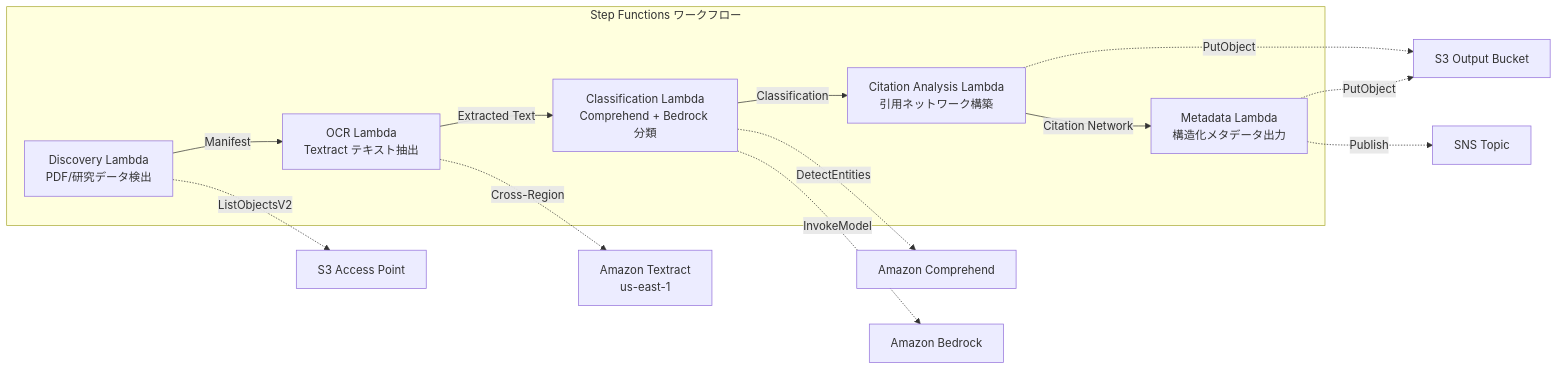
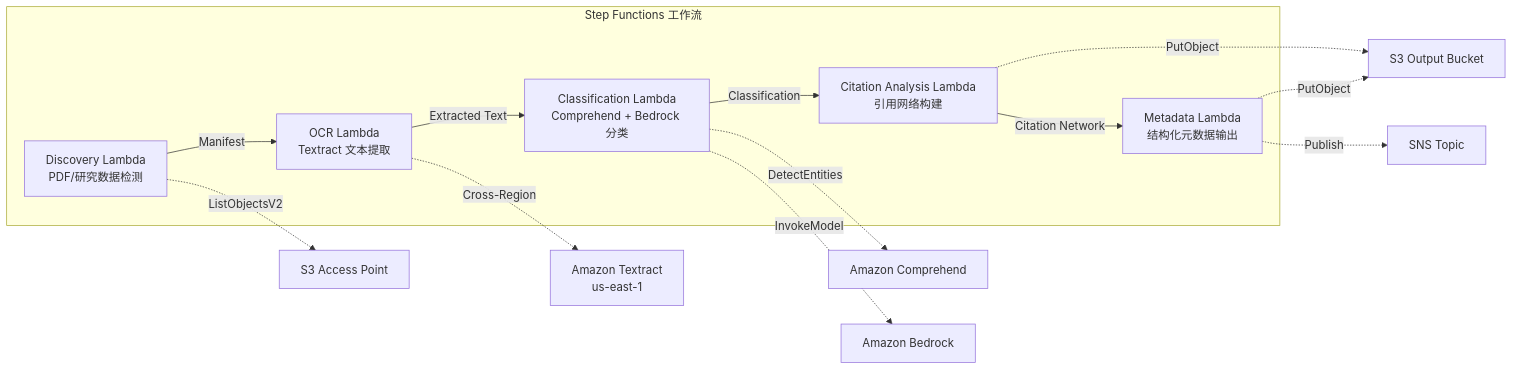
One commit to Yoshiki0705/FSx-for-ONTAP-S3AccessPoints-Serverless-Patterns changed the diagram in solutions/industry/education-research/README.zh-CN.md. Above: the diagram before and after it, drawn with Mermaid. The commit also changed other lines of this file and 20 other files, not shown here.

````diff
--- a/solutions/industry/education-research/README.zh-CN.md
+++ b/solutions/industry/education-research/README.zh-CN.md
@@ -33,23 +55,23 @@
 ```mermaid
 graph LR
-    subgraph "Step Functions ワークフロー"
-        D[Discovery Lambda<br/>PDF/研究データ検出]
-        OCR[OCR Lambda<br/>Textract テキスト抽出]
-        CL[Classification Lambda<br/>Comprehend + Bedrock 分類]
-        CA[Citation Analysis Lambda<br/>引用ネットワーク構築]
-        MD[Metadata Lambda<br/>構造化メタデータ出力]
+    subgraph "Step Functions 工作流"
+        D[Discovery Lambda<br/>PDF/研究数据检测]
+        OCR[OCR Lambda<br/>Textract 文本提取]
+        CL[Classification Lambda<br/>Comprehend + Bedrock 分类]
+        CA[Citation Analysis Lambda<br/>引用网络构建]
+        MD[Metadata Lambda<br/>结构化元数据输出]
     end
 
     D -->|Manifest| OCR
     OCR -->|Extracted Text| CL
     CL -->|Classification| CA
     CA -->|Citation Network| MD
 
     D -.->|ListObjectsV2| S3AP[S3 Access Point]
     OCR -.->|Cross-Region| Textract[Amazon Textract<br/>us-east-1]
     CL -.->|DetectEntities| Comprehend[Amazon Comprehend]
     CL -.->|InvokeModel| Bedrock[Amazon Bedrock]
     CA -.->|PutObject| S3OUT[S3 Output Bucket]
     MD -.->|PutObject| S3OUT
     MD -.->|Publish| SNS[SNS Topic]
 ```
````
